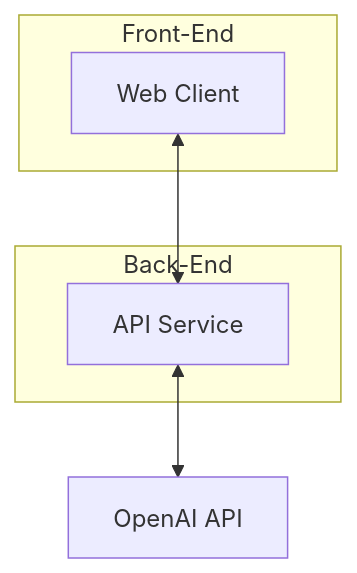
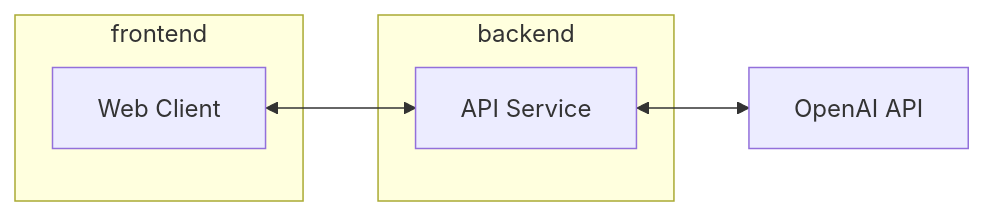
The second of 2 diagrams in README.md (Nairod36/ReScript-Project), drawn with Mermaid before and after one commit. The commit also changed other lines of this file, not shown here.

````diff
--- a/README.md
+++ b/README.md
@@ -17,15 +49,15 @@
 ```mermaid
-flowchart TD
-    subgraph Front-End
+flowchart LR
+    subgraph frontend
         Web[Web Client]
     end
 
-    subgraph Back-End
+    subgraph backend
         API[API Service]
     end
 
     OpenAI[OpenAI API]
 
     Web <--> API
     API <--> OpenAI
 ```
````
